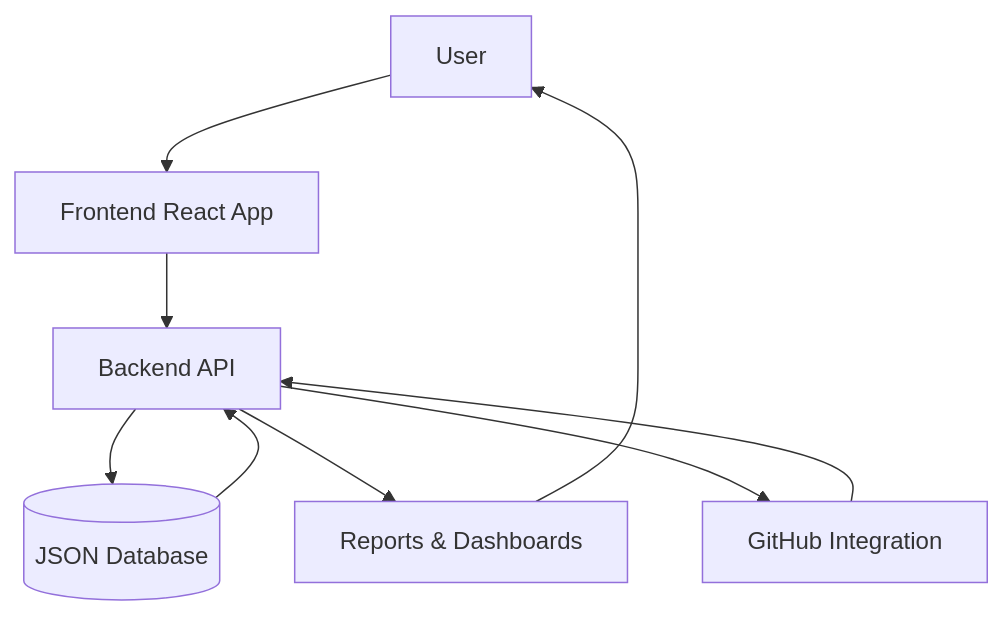
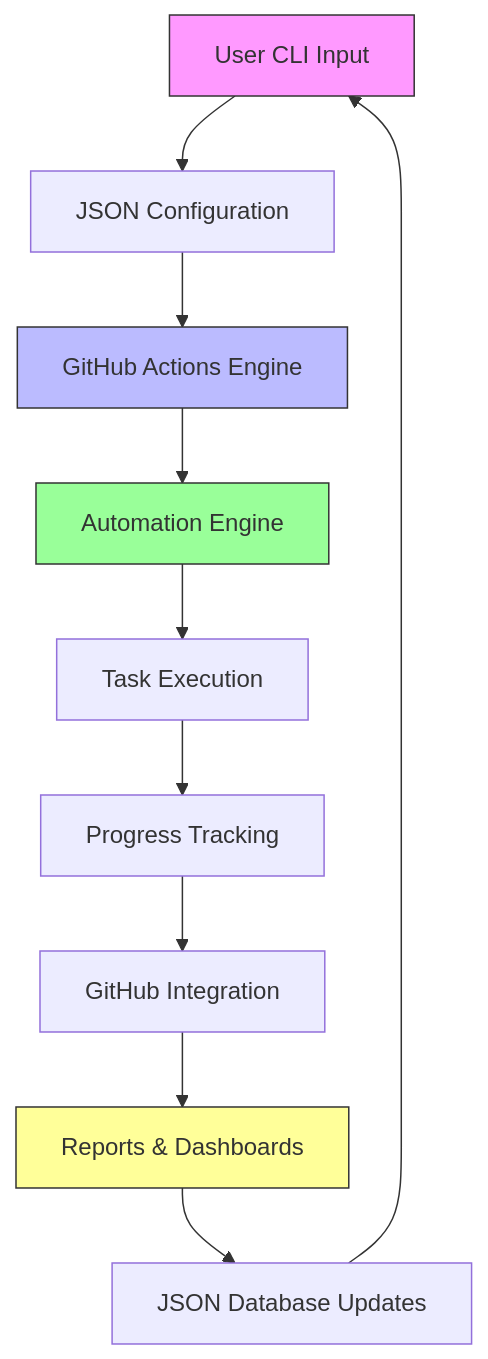
Before and after one commit to Shakour-Data/AutoProjectManagement: the first of 2 diagrams in README.md, drawn with Mermaid. The commit also changed other lines of this file, not shown here.

````diff
--- a/README.md
+++ b/README.md
@@ -123,11 +39,17 @@
 ```mermaid
 graph TD
-    User[User] --> Frontend[Frontend React App]
-    Frontend --> Backend[Backend API]
-    Backend --> Database[(JSON Database)]
-    Database --> Backend
-    Backend --> Reports[Reports & Dashboards]
-    Reports --> User
-    Backend --> GitHub[GitHub Integration]
-    GitHub --> Backend
+    A[User CLI Input] --> B[JSON Configuration]
+    B --> C[GitHub Actions Engine]
+    C --> D[Automation Engine]
+    D --> E[Task Execution]
+    E --> F[Progress Tracking]
+    F --> G[GitHub Integration]
+    G --> H[Reports & Dashboards]
+    H --> I[JSON Database Updates]
+    I --> A
+    
+    style A fill:#f9f,stroke:#333
+    style C fill:#bbf,stroke:#333
+    style D fill:#9f9,stroke:#333
+    style H fill:#ff9,stroke:#333
 ```
````
